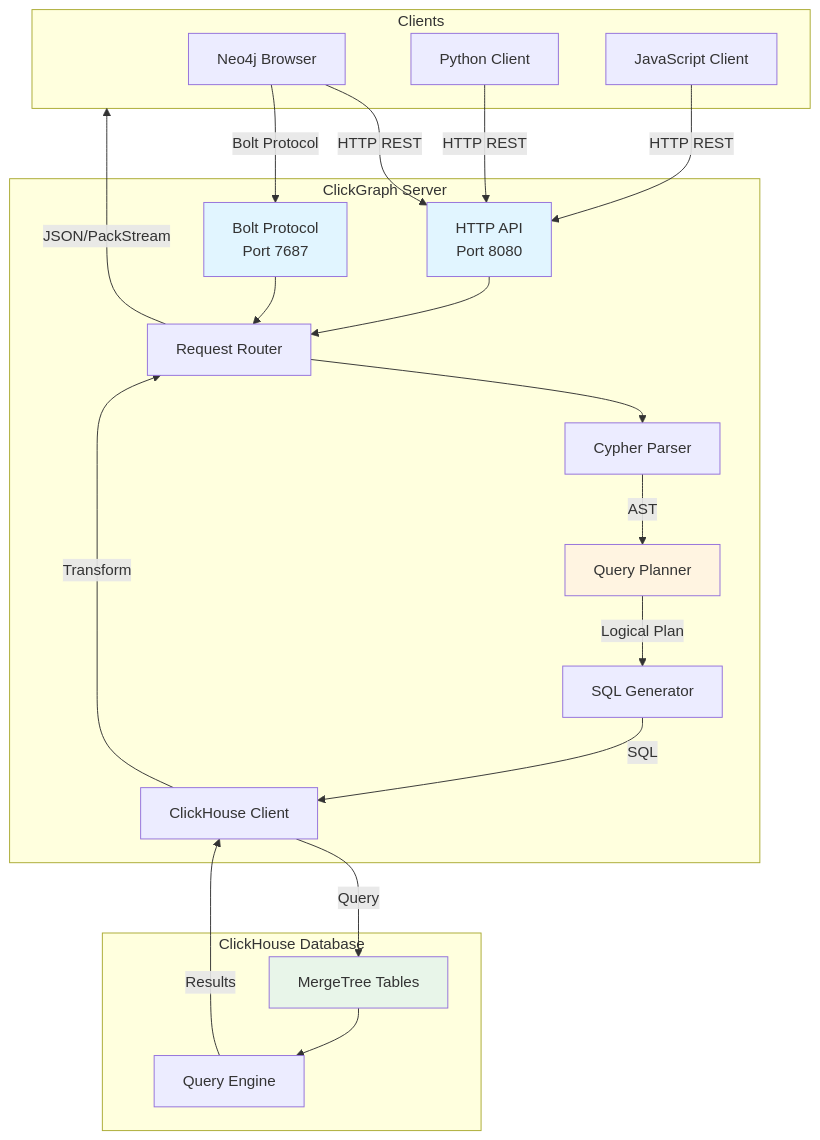
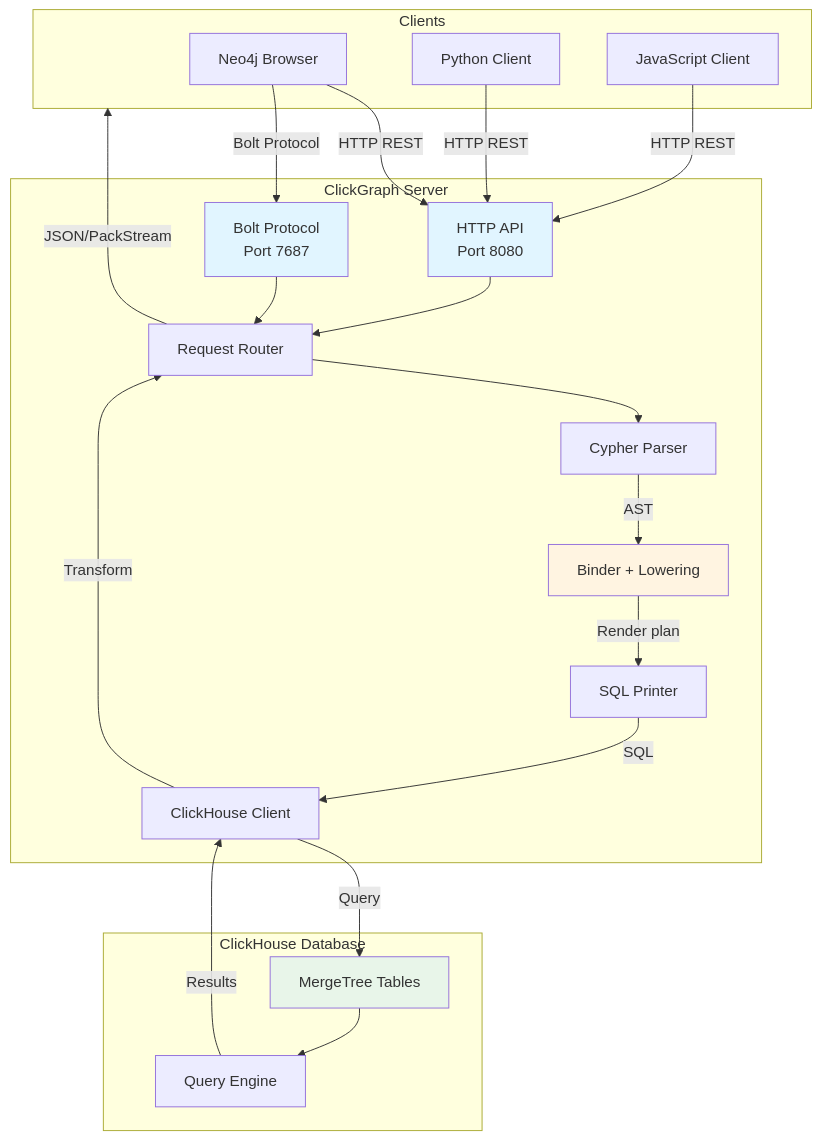
The diagram in docs/wiki/Architecture-Internals.md (genezhang/clickgraph), drawn with Mermaid before and after one commit. The commit also changed other lines of this file and 36 other files, not shown here.

````diff
--- a/docs/wiki/Architecture-Internals.md
+++ b/docs/wiki/Architecture-Internals.md
@@ -20,41 +20,41 @@
 ```mermaid
 flowchart TD
     subgraph Clients
         A1[Neo4j Browser]
         A2[Python Client]
         A3[JavaScript Client]
     end
     
     subgraph "ClickGraph Server"
         B1[HTTP API<br/>Port 8080]
         B2[Bolt Protocol<br/>Port 7687]
         C[Request Router]
         D[Cypher Parser]
-        E[Query Planner]
-        F[SQL Generator]
+        E[Binder + Lowering]
+        F[SQL Printer]
         G[ClickHouse Client]
     end
     
     subgraph "ClickHouse Database"
         H[MergeTree Tables]
         I[Query Engine]
     end
     
     A1 & A2 & A3 -->|HTTP REST| B1
     A1 -->|Bolt Protocol| B2
     B1 & B2 --> C
     C --> D
     D -->|AST| E
-    E -->|Logical Plan| F
+    E -->|Render plan| F
     F -->|SQL| G
     G -->|Query| H
     H --> I
     I -->|Results| G
     G -->|Transform| C
     C -->|JSON/PackStream| Clients
     
     style B1 fill:#e1f5ff
     style B2 fill:#e1f5ff
     style E fill:#fff4e1
     style H fill:#e8f5e9
 ```
````
